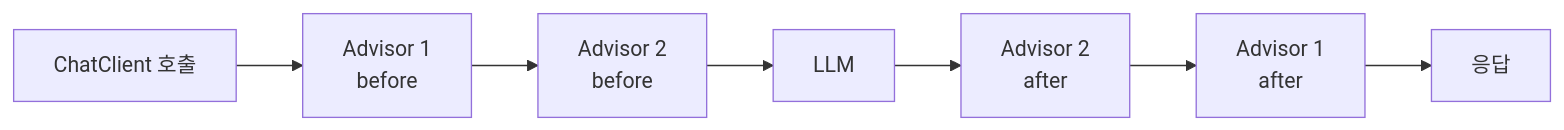
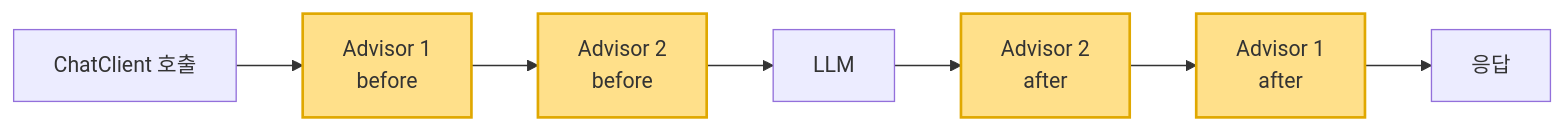
The fourth of 4 diagrams in spring-ai-study.md (devjune/spring-ai-study), drawn with Mermaid before and after one commit. The commit also changed other lines of this file, not shown here.

Commit message:
docs: 다이어그램에서 핵심 노드(ChatClient·Advisor·MCP 프로토콜) 색상 강조

````diff
--- a/spring-ai-study.md
+++ b/spring-ai-study.md
@@ -442,9 +445,13 @@
 ```mermaid
 graph LR
     App["ChatClient 호출"] --> A1["Advisor 1<br/>before"]
     A1 --> A2["Advisor 2<br/>before"]
     A2 --> LLM["LLM"]
     LLM --> B2["Advisor 2<br/>after"]
     B2 --> B1["Advisor 1<br/>after"]
     B1 --> Res["응답"]
+    style A1 fill:#ffe08a,stroke:#e0a800,stroke-width:2px
+    style A2 fill:#ffe08a,stroke:#e0a800,stroke-width:2px
+    style B2 fill:#ffe08a,stroke:#e0a800,stroke-width:2px
+    style B1 fill:#ffe08a,stroke:#e0a800,stroke-width:2px
 ```
````
